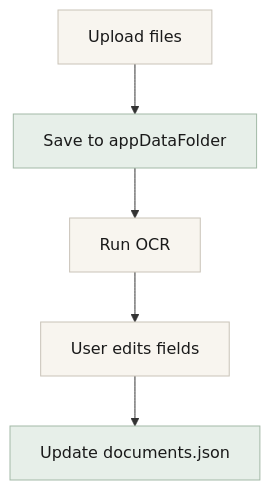
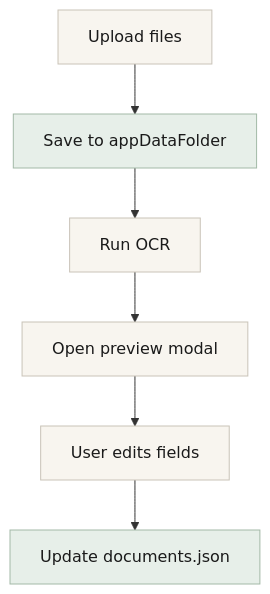
Before and after one commit to jiahongc/HSA-paperless: the second of 3 diagrams in ARCHITECTURE.md, drawn with Mermaid. The commit also changed other lines of this file and 14 other files, not shown here.

````diff
--- a/ARCHITECTURE.md
+++ b/ARCHITECTURE.md
@@ -166,10 +169,11 @@
 ```mermaid
 flowchart TB
   classDef step fill:#f8f5ef,stroke:#c9c3b8,color:#1a1a1a
   classDef io fill:#e7efe9,stroke:#a3b9a7,color:#1a1a1a
 
   U[Upload files]:::step --> S[Save to appDataFolder]:::io
   S --> O[Run OCR]:::step
-  O --> F[User edits fields]:::step
+  O --> P[Open preview modal]:::step
+  P --> F[User edits fields]:::step
   F --> J[Update documents.json]:::io
 ```
````
